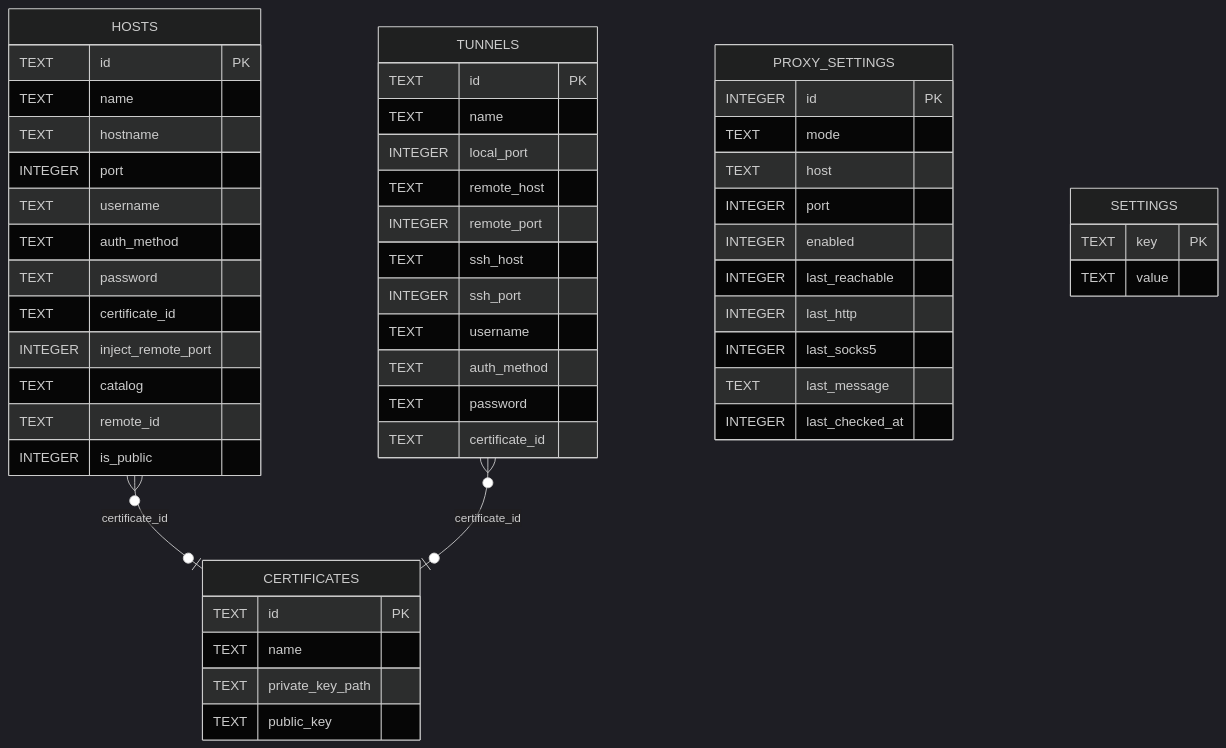
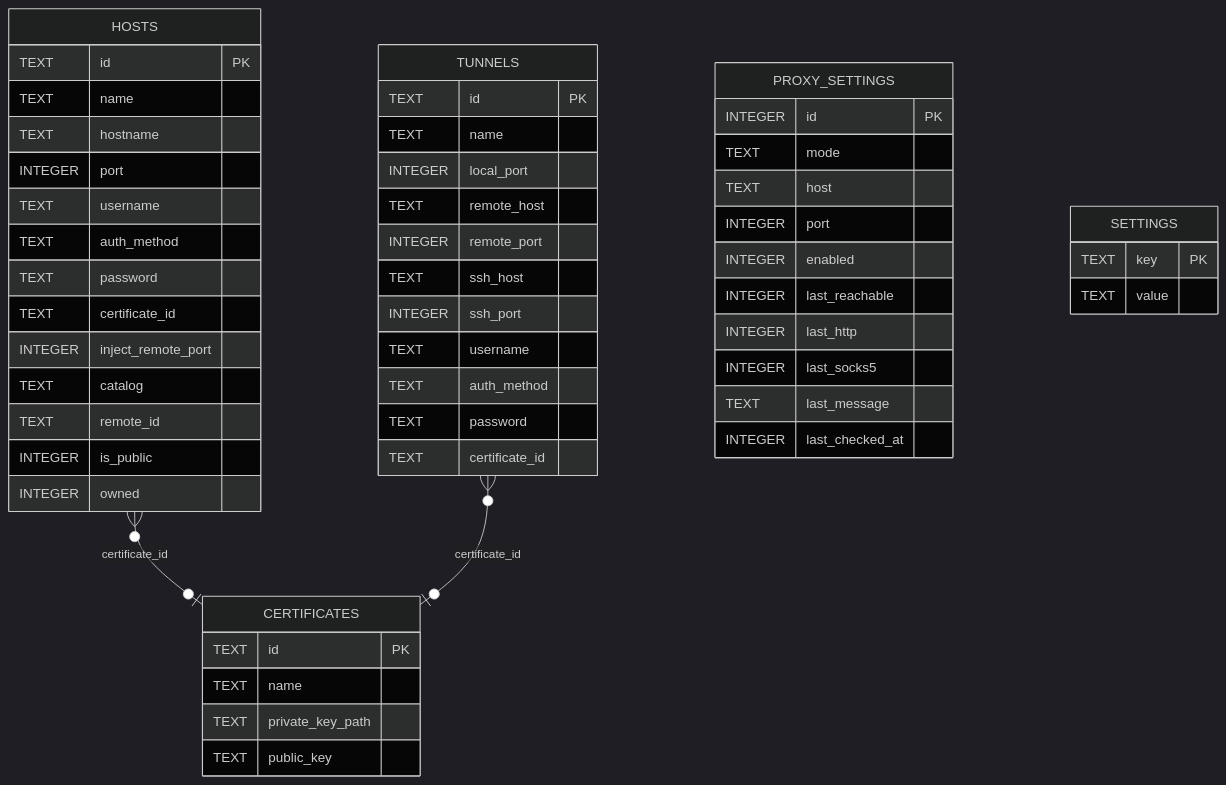
Before and after one commit to zhangjianshe/cangling-keeper: the first of 3 diagrams in README.md, drawn with Mermaid (dark theme). The commit also changed other lines of this file and 7 other files, not shown here.

````diff
--- a/README.md
+++ b/README.md
@@ -32,55 +32,56 @@
 ```mermaid
 erDiagram
     HOSTS {
         TEXT id PK
         TEXT name
         TEXT hostname
         INTEGER port
         TEXT username
         TEXT auth_method
         TEXT password
         TEXT certificate_id
         INTEGER inject_remote_port
         TEXT catalog
         TEXT remote_id
         INTEGER is_public
+        INTEGER owned
     }
     TUNNELS {
         TEXT id PK
         TEXT name
         INTEGER local_port
         TEXT remote_host
         INTEGER remote_port
         TEXT ssh_host
         INTEGER ssh_port
         TEXT username
         TEXT auth_method
         TEXT password
         TEXT certificate_id
     }
     CERTIFICATES {
         TEXT id PK
         TEXT name
         TEXT private_key_path
         TEXT public_key
     }
     PROXY_SETTINGS {
         INTEGER id PK
         TEXT mode
         TEXT host
         INTEGER port
         INTEGER enabled
         INTEGER last_reachable
         INTEGER last_http
         INTEGER last_socks5
         TEXT last_message
         INTEGER last_checked_at
     }
     SETTINGS {
         TEXT key PK
         TEXT value
     }
 
     HOSTS }o--o| CERTIFICATES : "certificate_id"
     TUNNELS }o--o| CERTIFICATES : "certificate_id"
 ```
````
